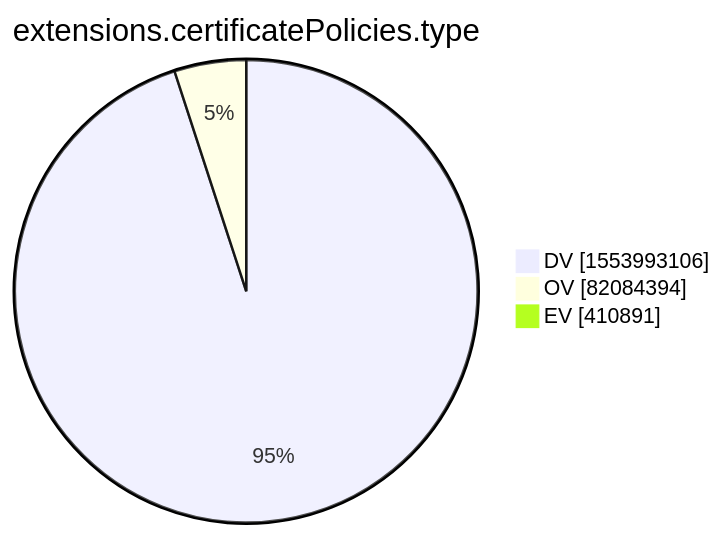
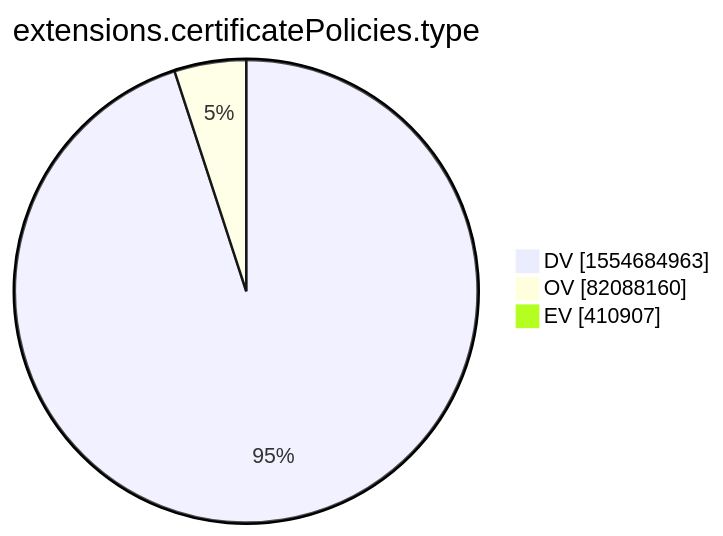
The tenth of 15 diagrams in xenon2022/README.md (christiankrug/ctmonitor_visualization), drawn with Mermaid before and after one commit. The commit also changed other lines of this file, not shown here.

````diff
--- a/xenon2022/README.md
+++ b/xenon2022/README.md
@@ -2876,7 +2876,7 @@
 ```mermaid
 pie showData
 title extensions.certificatePolicies.type
-"DV" :1553993106
-"OV" :82084394
-"EV" :410891
+"DV" :1554684963
+"OV" :82088160
+"EV" :410907
 ```
````
